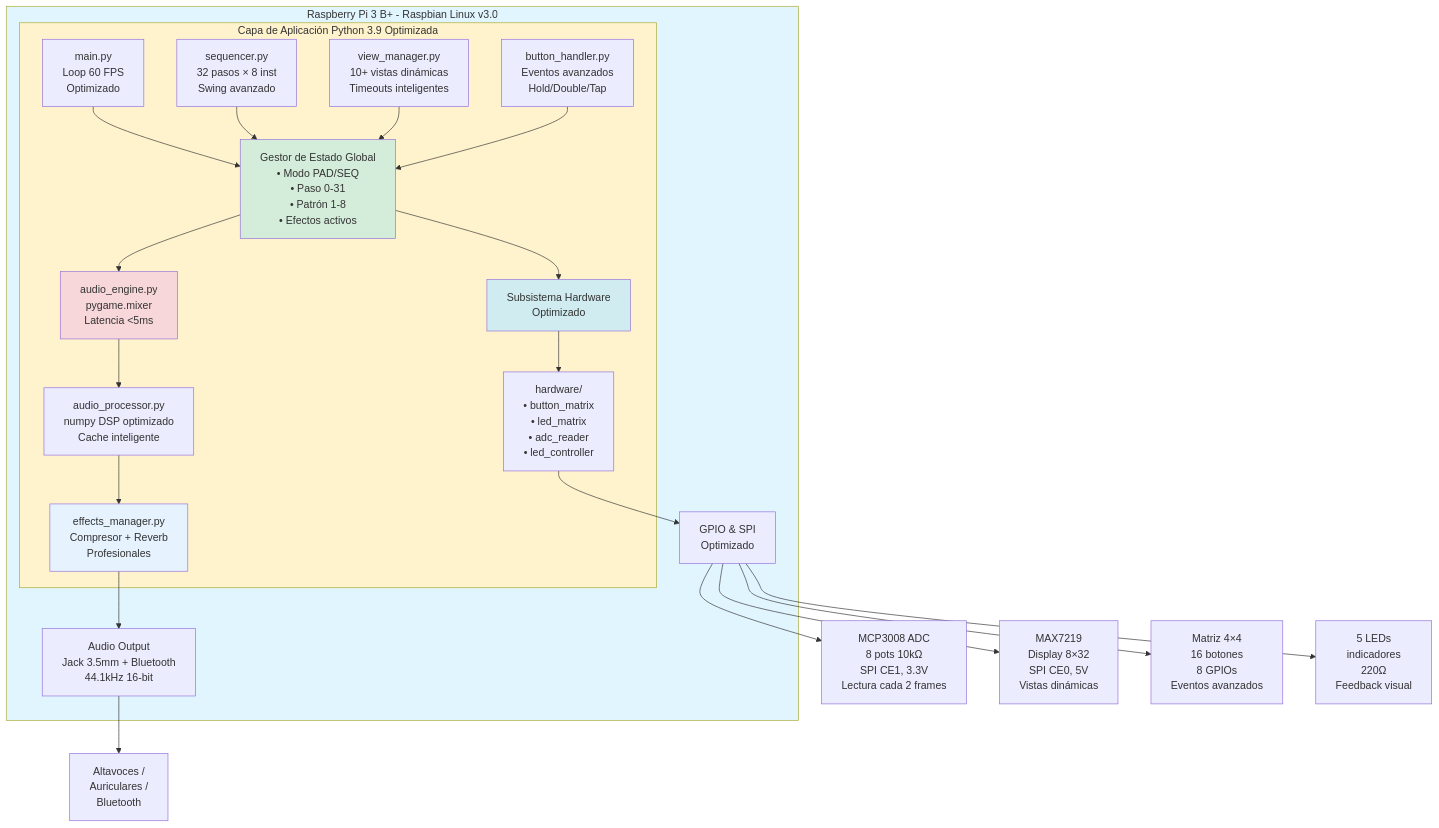
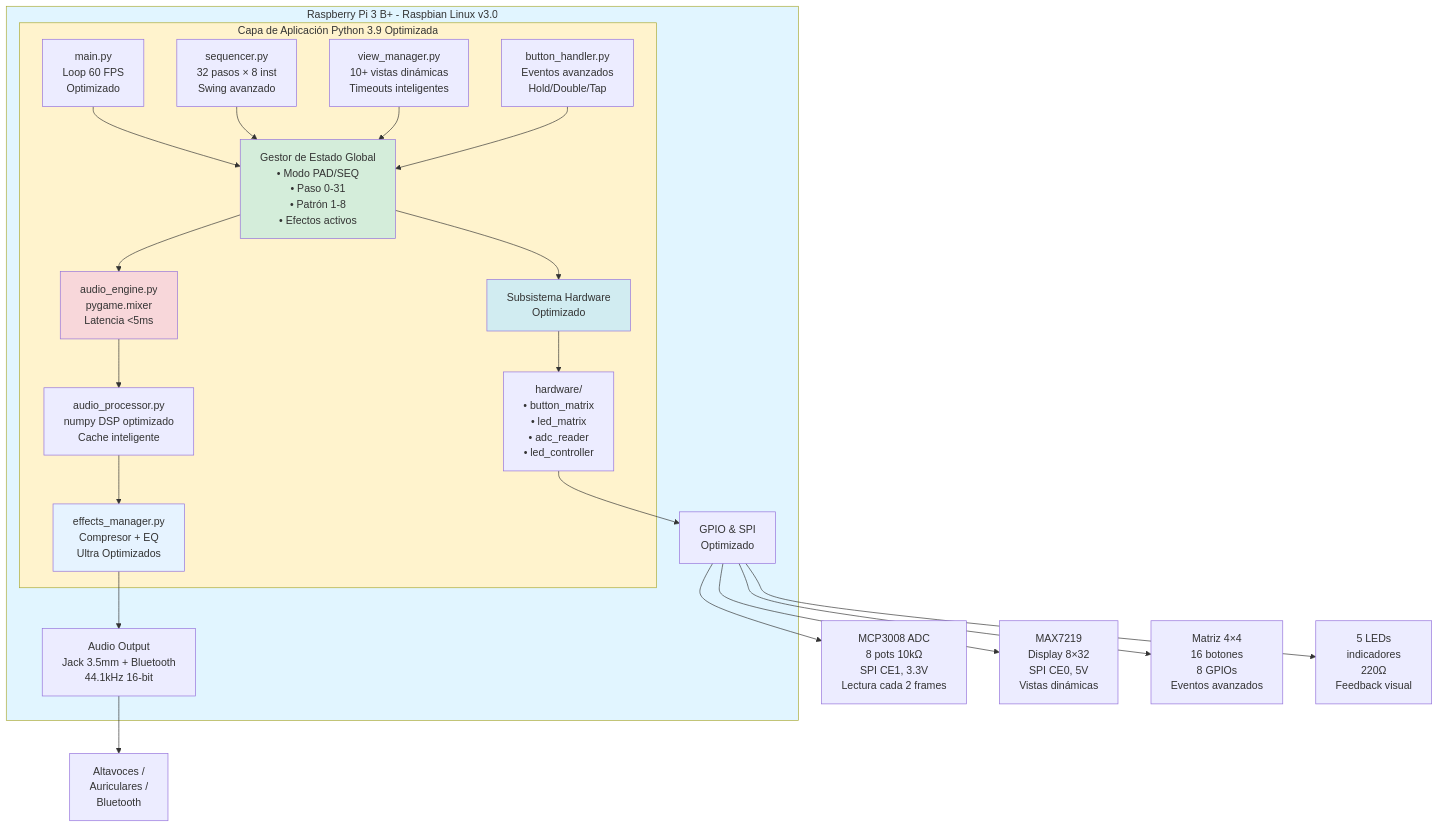
Before and after one commit to Camionerou/TP-FINAL-2025-Drum-Machine: the second of 10 diagrams in docs/INFORME_TECNICO_PRODUCTO.md, drawn with Mermaid. The commit also changed other lines of this file, not shown here.

First line of the commit message:
docs: Update technical report to v3.1 - Efectos Optimizados

````diff
--- a/docs/INFORME_TECNICO_PRODUCTO.md
+++ b/docs/INFORME_TECNICO_PRODUCTO.md
@@ -414,41 +433,41 @@
 ```mermaid
 graph TB
     subgraph RPi["Raspberry Pi 3 B+ - Raspbian Linux v3.0"]
         subgraph APP["Capa de Aplicación Python 3.9 Optimizada"]
             MAIN[main.py<br/>Loop 60 FPS<br/>Optimizado]
             SEQ[sequencer.py<br/>32 pasos × 8 inst<br/>Swing avanzado]
             VIEW[view_manager.py<br/>10+ vistas dinámicas<br/>Timeouts inteligentes]
             BTN[button_handler.py<br/>Eventos avanzados<br/>Hold/Double/Tap]
             
             MAIN --> STATE[Gestor de Estado Global<br/>• Modo PAD/SEQ<br/>• Paso 0-31<br/>• Patrón 1-8<br/>• Efectos activos]
             SEQ --> STATE
             VIEW --> STATE
             BTN --> STATE
             
             STATE --> AE[audio_engine.py<br/>pygame.mixer<br/>Latencia <5ms]
             STATE --> HW[Subsistema Hardware<br/>Optimizado]
             
             AE --> PROC[audio_processor.py<br/>numpy DSP optimizado<br/>Cache inteligente]
-            PROC --> FX[effects_manager.py<br/>Compresor + Reverb<br/>Profesionales]
+            PROC --> FX[effects_manager.py<br/>Compresor + EQ<br/>Ultra Optimizados]
             
             HW --> GPIO[hardware/<br/>• button_matrix<br/>• led_matrix<br/>• adc_reader<br/>• led_controller]
         end
         
         FX --> AUDIO[Audio Output<br/>Jack 3.5mm + Bluetooth<br/>44.1kHz 16-bit]
         GPIO --> IFACE[GPIO & SPI<br/>Optimizado]
     end
     
     AUDIO --> OUT[Altavoces /<br/>Auriculares /<br/>Bluetooth]
     
     IFACE --> MCP[MCP3008 ADC<br/>8 pots 10kΩ<br/>SPI CE1, 3.3V<br/>Lectura cada 2 frames]
     IFACE --> MAX[MAX7219<br/>Display 8×32<br/>SPI CE0, 5V<br/>Vistas dinámicas]
     IFACE --> MAT[Matriz 4×4<br/>16 botones<br/>8 GPIOs<br/>Eventos avanzados]
     IFACE --> LEDS[5 LEDs<br/>indicadores<br/>220Ω<br/>Feedback visual]
     
     style RPi fill:#e1f5ff
     style APP fill:#fff3cd
     style STATE fill:#d4edda
     style AE fill:#f8d7da
     style HW fill:#d1ecf1
     style FX fill:#e6f3ff
 ```
````
